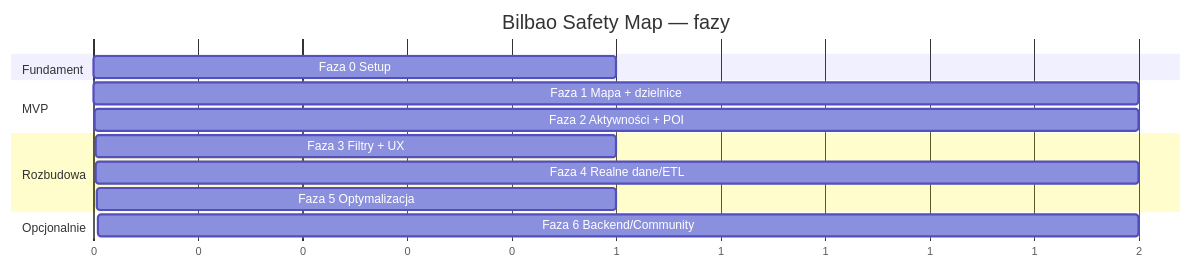
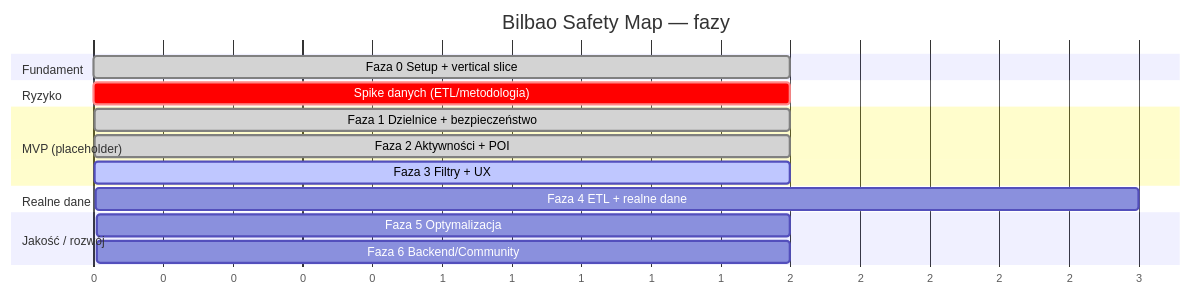
Before and after one commit to Xoviec/bilbao: the diagram in docs/ROADMAP.md, drawn with Mermaid. The commit also changed other lines of this file and 10 other files, not shown here.

First line of the commit message:
Domknięcie luk Faz 1–2, fallback basemapy i aktualizacja roadmapy

````diff
--- a/docs/ROADMAP.md
+++ b/docs/ROADMAP.md
@@ -10,17 +17,19 @@
 ```mermaid
 gantt
     title Bilbao Safety Map — fazy
     dateFormat  X
     axisFormat %s
     section Fundament
-    Faza 0 Setup            :0, 1
-    section MVP
-    Faza 1 Mapa + dzielnice :1, 2
-    Faza 2 Aktywności + POI :2, 2
-    section Rozbudowa
-    Faza 3 Filtry + UX      :4, 1
-    Faza 4 Realne dane/ETL  :5, 2
-    Faza 5 Optymalizacja    :7, 1
-    section Opcjonalnie
-    Faza 6 Backend/Community :8, 2
+    Faza 0 Setup + vertical slice :done, 0, 2
+    section Ryzyko
+    Spike danych (ETL/metodologia) :crit, 1, 2
+    section MVP (placeholder)
+    Faza 1 Dzielnice + bezpieczeństwo :done, 2, 2
+    Faza 2 Aktywności + POI :done, 2, 2
+    Faza 3 Filtry + UX :active, 4, 2
+    section Realne dane
+    Faza 4 ETL + realne dane :6, 3
+    section Jakość / rozwój
+    Faza 5 Optymalizacja :9, 2
+    Faza 6 Backend/Community :11, 2
 ```
````
